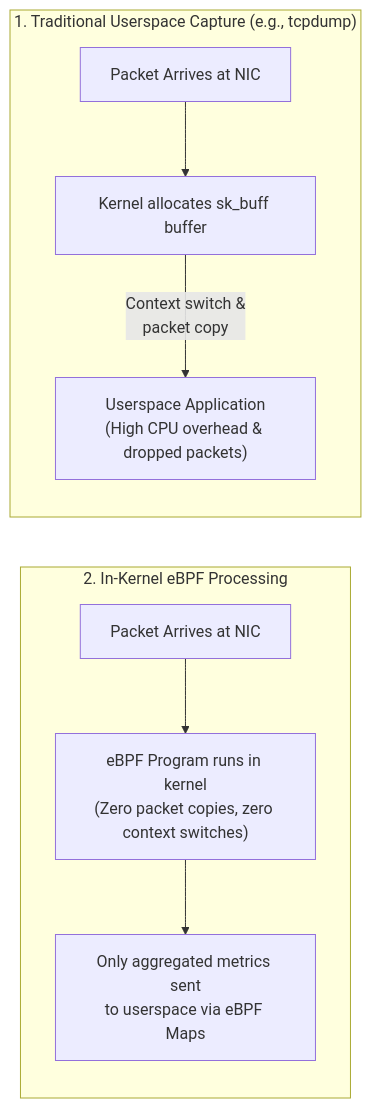
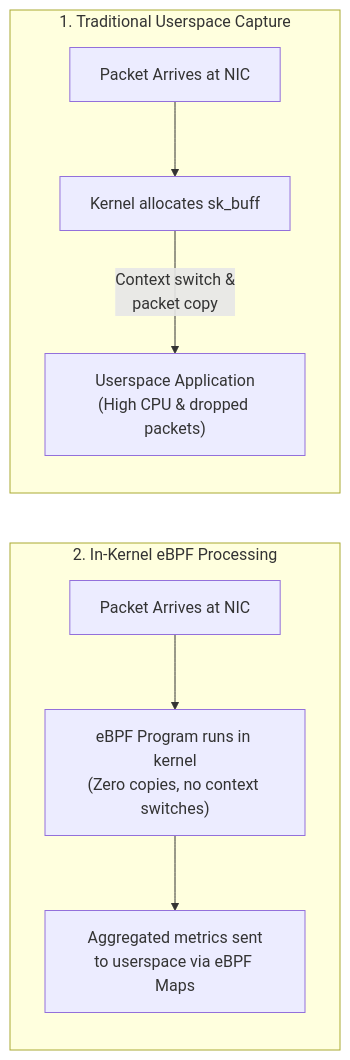
The first of 9 diagrams in src/content/blog/ebpf-fundamentals.md (T1n777/tinfolio), drawn with Mermaid before and after one commit. The commit also changed 3 other files, not shown here.

Commit message:
fix(blog): remove 'e.g. tcpdump' and lock diagram font metrics to prevent clipping

````diff
--- a/src/content/blog/ebpf-fundamentals.md
+++ b/src/content/blog/ebpf-fundamentals.md
@@ -30,16 +30,16 @@
 ```mermaid
 flowchart TD
-    subgraph S1["1. Traditional Userspace Capture (e.g., tcpdump)"]
+    subgraph S1["1. Traditional Userspace Capture"]
         direction TB
-        P1["Packet Arrives at NIC"] --> K1["Kernel allocates sk_buff buffer"]
-        K1 -->|"Context switch &<br/>packet copy"| U1["Userspace Application<br/>(High CPU overhead & dropped packets)"]
+        P1["Packet Arrives at NIC"] --> K1["Kernel allocates sk_buff"]
+        K1 -->|"Context switch &<br/>packet copy"| U1["Userspace Application<br/>(High CPU & dropped packets)"]
     end
 
     subgraph S2["2. In-Kernel eBPF Processing"]
         direction TB
-        P2["Packet Arrives at NIC"] --> E2["eBPF Program runs in kernel<br/>(Zero packet copies, zero context switches)"]
-        E2 --> M2["Only aggregated metrics sent<br/>to userspace via eBPF Maps"]
+        P2["Packet Arrives at NIC"] --> E2["eBPF Program runs in kernel<br/>(Zero copies, no context switches)"]
+        E2 --> M2["Aggregated metrics sent<br/>to userspace via eBPF Maps"]
     end
 
     U1 ~~~ P2
 ```
````
